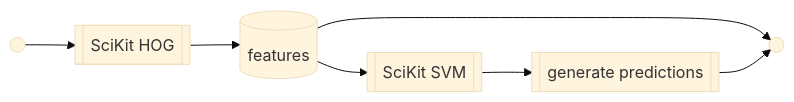
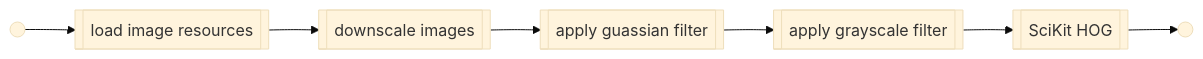
The second of 3 diagrams in image processing workflow.md (albert118/Pothole-object-detection-with-SVM-of-HOG-features), drawn with Mermaid (base theme) before and after one commit. The commit also changed other lines of this file, not shown here.

Commit message:
Updated diagrams

````diff
--- a/image processing workflow.md
+++ b/image processing workflow.md
@@ -24,15 +33,17 @@
 ```mermaid
 
 graph LR;
 
 start(( ));
 fin(( ));
 
+load[[load image resources]]
+filter1[[downscale images]]
+filter2[[apply guassian filter]]
+filter3[[apply grayscale filter]]
 hog[[SciKit HOG]];
-svm[[SciKit SVM]];
 
-
-start --> hog --> features[(features)] --> fin;
-
-features --> svm --> results[[generate predictions]] --> fin;
+start --> load;
+load --> filter1 --> filter2 --> filter3 --> hog;
+hog --> fin;
 ```
````
